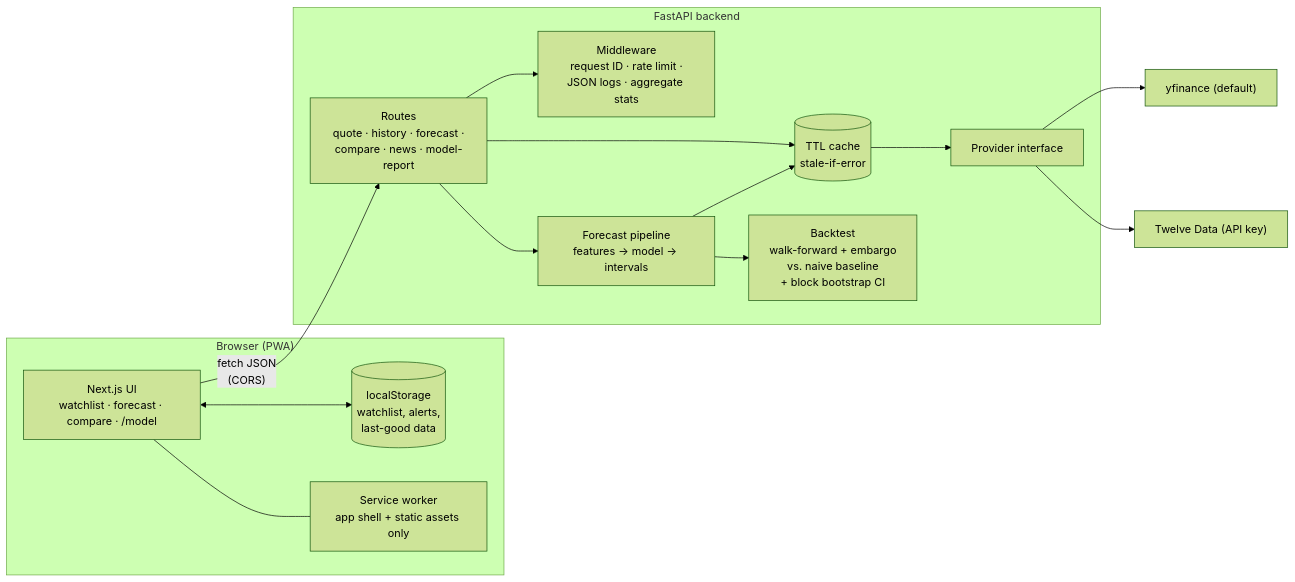
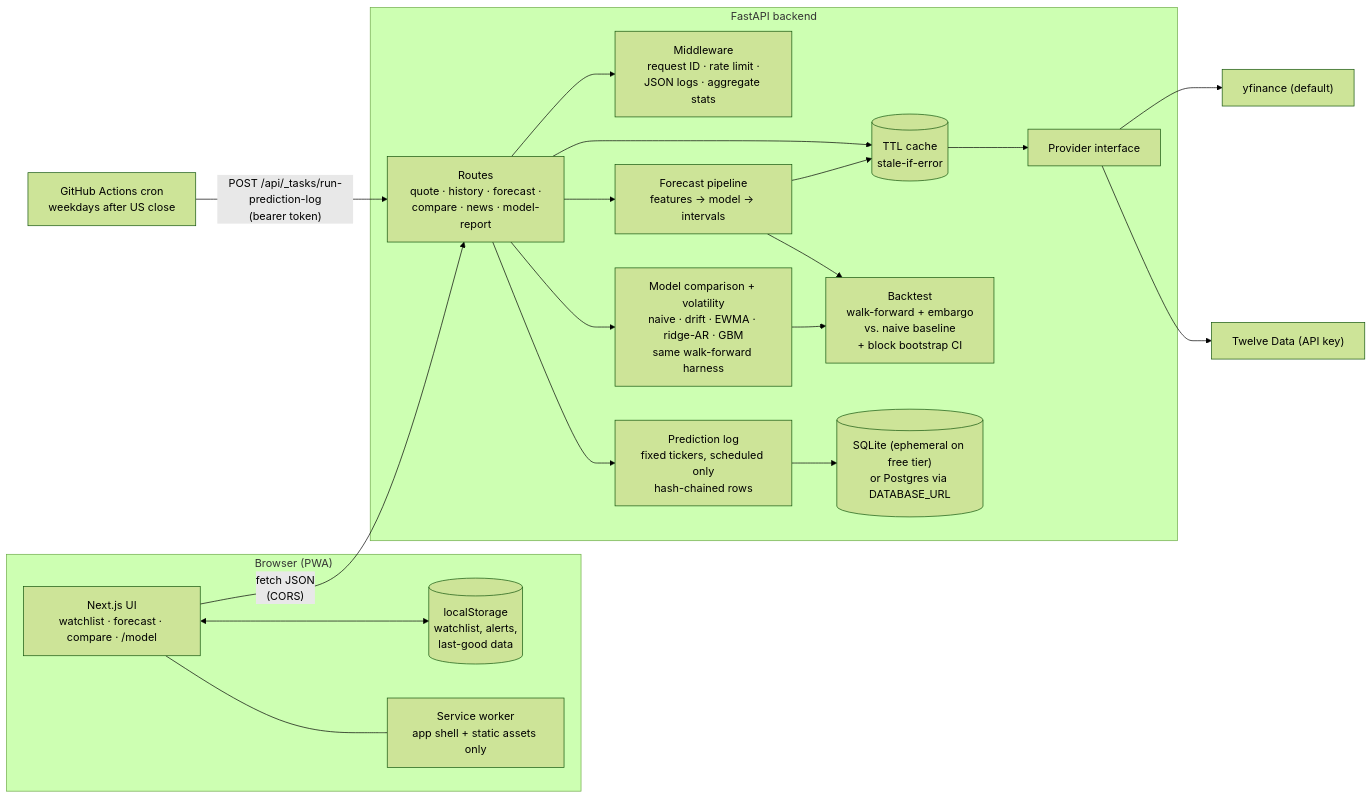
One commit to RetnuhFeel/Stock-Predictor changed the first of 2 diagrams in docs/ARCHITECTURE.md. Above: the diagram before and after it, drawn with Mermaid (forest theme). The commit also changed other lines of this file and 31 other files, not shown here.

Commit message:
Model comparison, volatility forecast, live prediction log and /track-record (#23)

````diff
--- a/docs/ARCHITECTURE.md
+++ b/docs/ARCHITECTURE.md
@@ -7,30 +7,39 @@
 ```mermaid
 flowchart LR
     subgraph Browser["Browser (PWA)"]
         UI["Next.js UI<br/>watchlist · forecast · compare · /model"]
         LS[("localStorage<br/>watchlist, alerts,<br/>last-good data")]
         SW["Service worker<br/>app shell + static assets only"]
         UI <--> LS
         UI --- SW
     end
 
     UI -- "fetch JSON<br/>(CORS)" --> API
 
     subgraph Backend["FastAPI backend"]
         API["Routes<br/>quote · history · forecast ·<br/>compare · news · model-report"]
         MW["Middleware<br/>request ID · rate limit ·<br/>JSON logs · aggregate stats"]
         CACHE[("TTL cache<br/>stale-if-error")]
         PROV["Provider interface"]
         FC["Forecast pipeline<br/>features → model → intervals"]
         BT["Backtest<br/>walk-forward + embargo<br/>vs. naive baseline<br/>+ block bootstrap CI"]
+        MOD["Model comparison + volatility<br/>naive · drift · EWMA · ridge-AR · GBM<br/>same walk-forward harness"]
+        LOG["Prediction log<br/>fixed tickers, scheduled only<br/>hash-chained rows"]
+        DB[("SQLite (ephemeral on free tier)<br/>or Postgres via DATABASE_URL")]
         API --> MW
         API --> CACHE
         CACHE --> PROV
         API --> FC
         FC --> BT
         FC --> CACHE
+        API --> MOD
+        MOD --> BT
+        API --> LOG
+        LOG --> DB
     end
+
+    GHA["GitHub Actions cron<br/>weekdays after US close"] -- "POST /api/_tasks/run-prediction-log<br/>(bearer token)" --> API
 
     PROV --> YF["yfinance (default)"]
     PROV --> TD["Twelve Data (API key)"]
 ```
````
